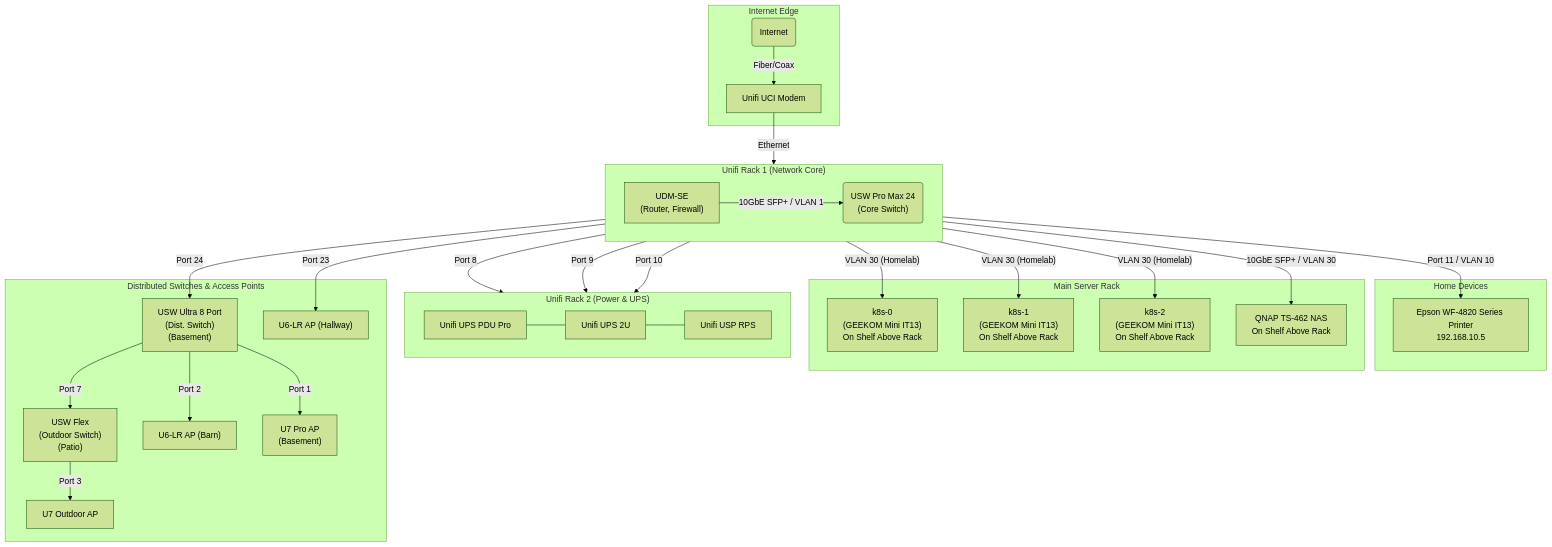
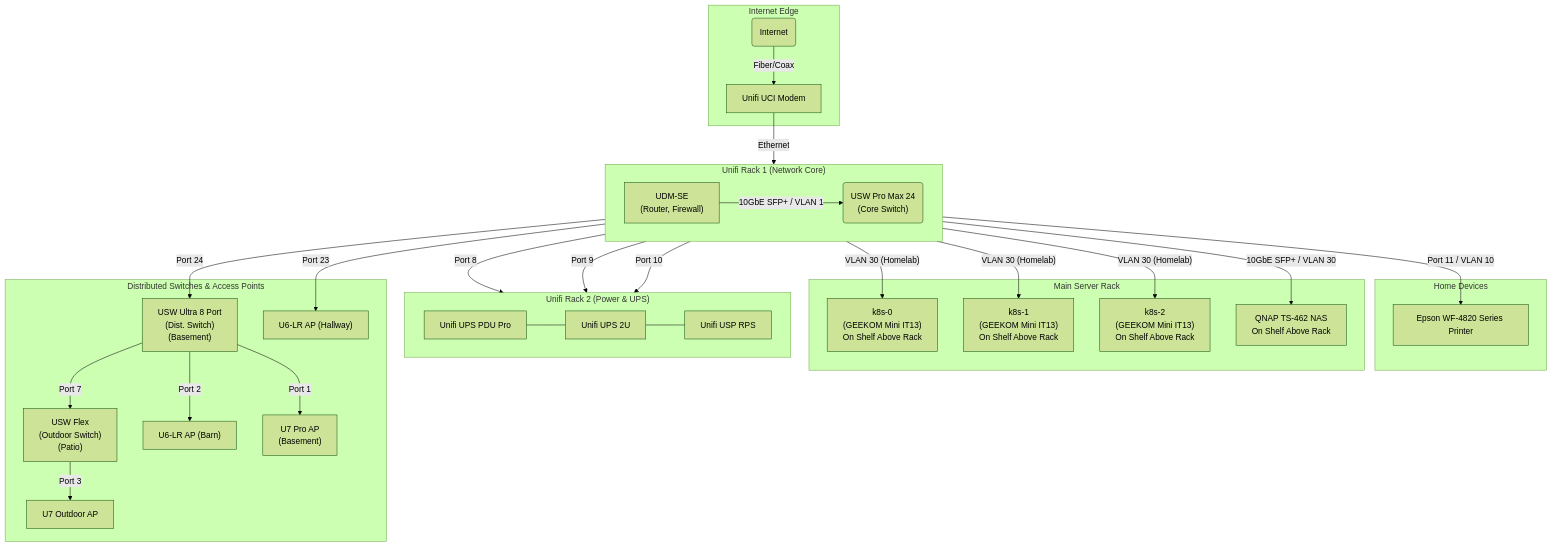
Before and after one commit to dmfrey/home-gitops: the diagram in infrastructure.md, drawn with Mermaid (forest theme).

Commit message:
update printer

```diff
--- a/infrastructure.md
+++ b/infrastructure.md
@@ -26,7 +26,7 @@
     end
 
     subgraph "Home Devices"
-        EpsonPrinter["Epson WF-4820 Series Printer\n192.168.10.5"]
+        EpsonPrinter["Epson WF-4820 Series Printer"]
     end
 
     subgraph "Main Server Rack"
```
